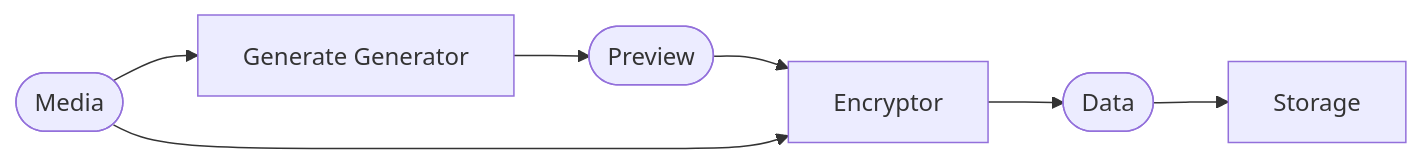
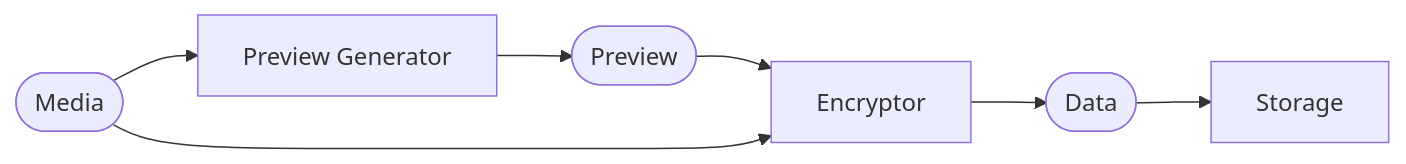
Before and after one commit to rmorshea/pybooster: the diagram in docs/src/tutorial.md, drawn with Mermaid. The commit also changed other lines of this file and 5 other files, not shown here.

````diff
--- a/docs/src/tutorial.md
+++ b/docs/src/tutorial.md
@@ -14,16 +14,16 @@
 ```mermaid
 flowchart LR
     media@{ shape: pill, label: "Media"}
     preview@{ shape: pill, label: "Preview"}
     bytes@{ shape: pill, label: "Data"}
-    preview_generator@{shape: rect, label: "Generate Generator"}
+    preview_generator@{shape: rect, label: "Preview Generator"}
     encryptor@{ shape: rect, label: "Encryptor" }
     storage@{ shape: rect, label: "Storage" }
 
     media-->preview_generator
     preview_generator-->preview
     preview-->encryptor
     media-->encryptor
     encryptor-->bytes
     bytes-->storage
 ```
````
